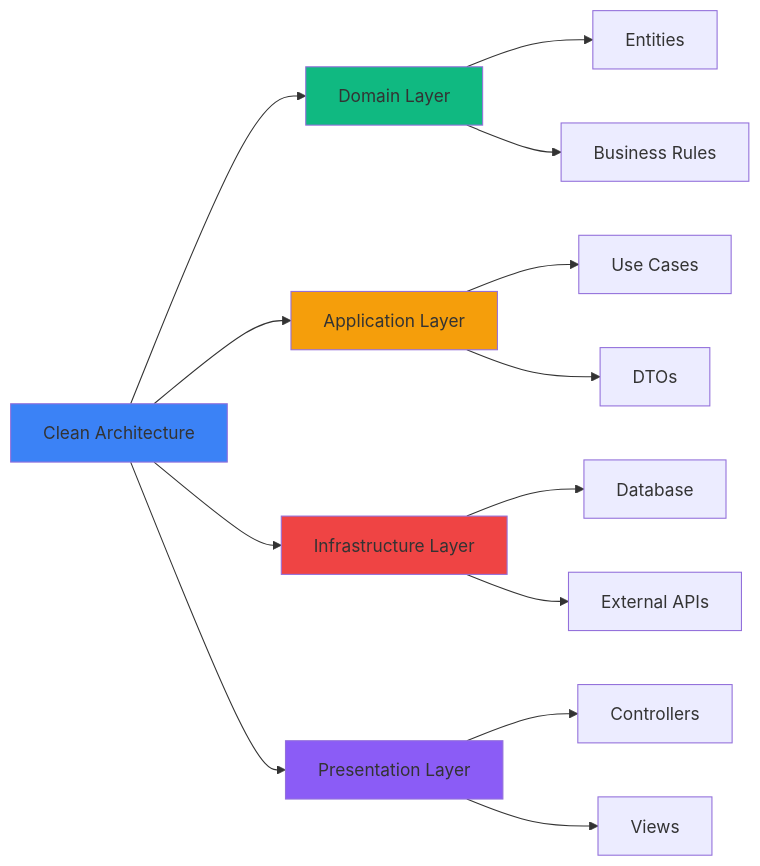
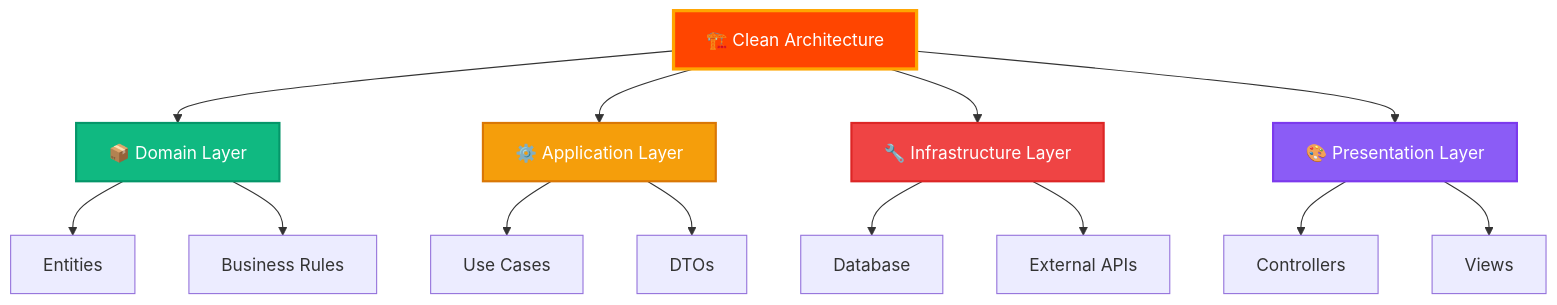
Before and after one commit to whoysAndre/whoysAndre: the diagram in README.md, drawn with Mermaid. The commit also changed other lines of this file, not shown here.

````diff
--- a/README.md
+++ b/README.md
@@ -105,25 +199,25 @@
 ```mermaid
-graph LR
-    A[Clean Architecture] --> B[Domain Layer]
-    A --> C[Application Layer]
-    A --> D[Infrastructure Layer]
-    A --> E[Presentation Layer]
+graph TB
+    A[🏗️ Clean Architecture] --> B[📦 Domain Layer]
+    A --> C[⚙️ Application Layer]
+    A --> D[🔧 Infrastructure Layer]
+    A --> E[🎨 Presentation Layer]
     
     B --> F[Entities]
     B --> G[Business Rules]
     
     C --> H[Use Cases]
     C --> I[DTOs]
     
     D --> J[Database]
     D --> K[External APIs]
     
     E --> L[Controllers]
     E --> M[Views]
     
-    style A fill:#3b82f6
-    style B fill:#10b981
-    style C fill:#f59e0b
-    style D fill:#ef4444
-    style E fill:#8b5cf6
+    style A fill:#FF4500,stroke:#FFA500,stroke-width:3px,color:#fff
+    style B fill:#10b981,stroke:#059669,stroke-width:2px,color:#fff
+    style C fill:#f59e0b,stroke:#d97706,stroke-width:2px,color:#fff
+    style D fill:#ef4444,stroke:#dc2626,stroke-width:2px,color:#fff
+    style E fill:#8b5cf6,stroke:#7c3aed,stroke-width:2px,color:#fff
 ```
````
